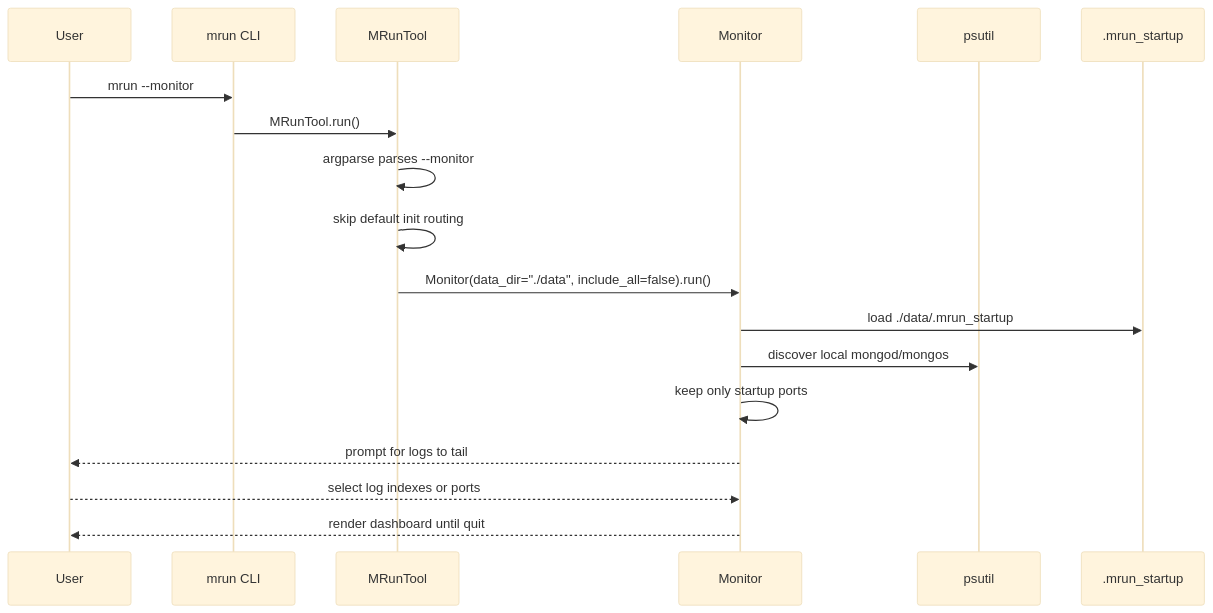
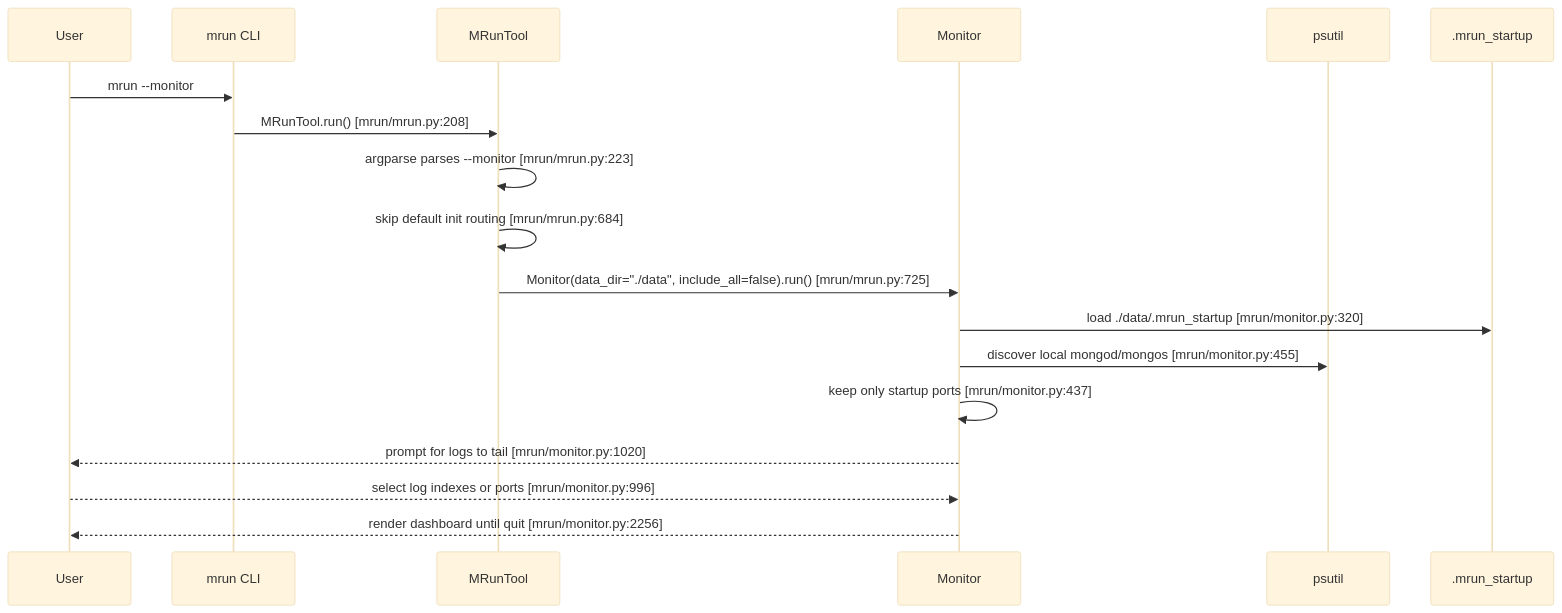
One commit to mongodb/mlaunch changed the first of 10 diagrams in doc/feature-monitor-guide.md. Above: the diagram before and after it, drawn with Mermaid (base theme). The commit also changed other lines of this file and 3 other files, not shown here.

````diff
--- a/doc/feature-monitor-guide.md
+++ b/doc/feature-monitor-guide.md
@@ -137,21 +141,21 @@
 ```mermaid
 sequenceDiagram
     participant User
     participant CLI as mrun CLI
     participant Tool as MRunTool
     participant Monitor as Monitor
     participant PS as psutil
     participant FS as .mrun_startup
 
     User->>CLI: mrun --monitor
-    CLI->>Tool: MRunTool.run()
-    Tool->>Tool: argparse parses --monitor
-    Tool->>Tool: skip default init routing
-    Tool->>Monitor: Monitor(data_dir="./data", include_all=false).run()
-    Monitor->>FS: load ./data/.mrun_startup
-    Monitor->>PS: discover local mongod/mongos
-    Monitor->>Monitor: keep only startup ports
-    Monitor-->>User: prompt for logs to tail
-    User-->>Monitor: select log indexes or ports
-    Monitor-->>User: render dashboard until quit
+    CLI->>Tool: MRunTool.run() [mrun/mrun.py:208]
+    Tool->>Tool: argparse parses --monitor [mrun/mrun.py:223]
+    Tool->>Tool: skip default init routing [mrun/mrun.py:684]
+    Tool->>Monitor: Monitor(data_dir="./data", include_all=false).run() [mrun/mrun.py:725]
+    Monitor->>FS: load ./data/.mrun_startup [mrun/monitor.py:320]
+    Monitor->>PS: discover local mongod/mongos [mrun/monitor.py:455]
+    Monitor->>Monitor: keep only startup ports [mrun/monitor.py:437]
+    Monitor-->>User: prompt for logs to tail [mrun/monitor.py:1020]
+    User-->>Monitor: select log indexes or ports [mrun/monitor.py:996]
+    Monitor-->>User: render dashboard until quit [mrun/monitor.py:2256]
 ```
````
